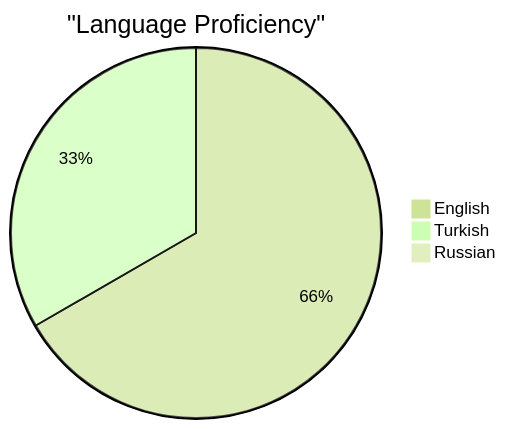
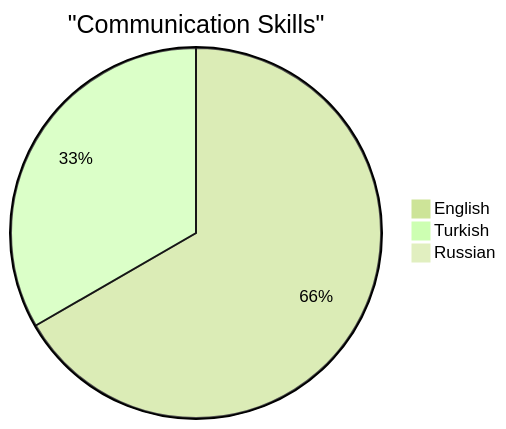
The diagram in README.md (dragonboe/dragonboe), drawn with Mermaid (forest theme) before and after one commit. The commit also changed other lines of this file, not shown here.

````diff
--- a/README.md
+++ b/README.md
@@ -43,7 +50,6 @@
 ```mermaid
-pie
-    title "Language Proficiency"
+pie title "Communication Skills"
     "English" : 100
     "Turkish" : 50
     "Russian" : 1
 ```
````
